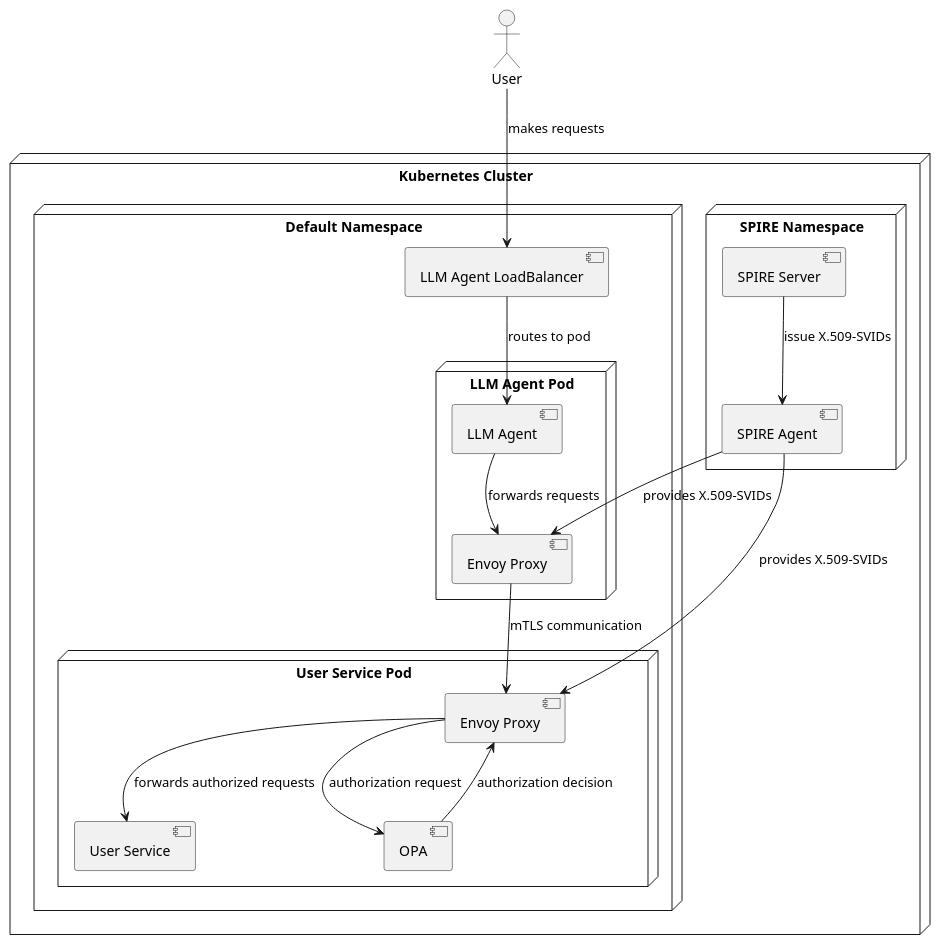
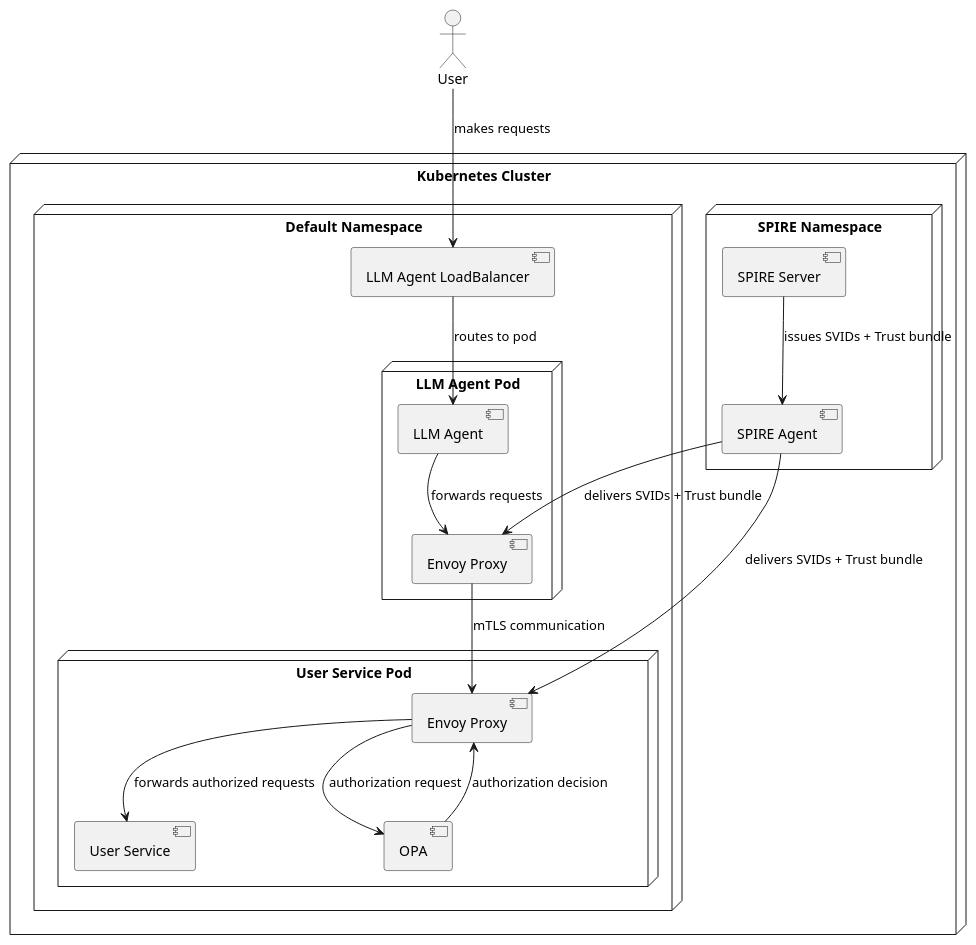
One commit to phuongbv00/workload-iam-poc changed the diagram in docs/deployment.puml. Above: the diagram before and after it, drawn with PlantUML. The commit also changed 2 other files, not shown here.

```diff
--- a/docs/deployment.puml
+++ b/docs/deployment.puml
@@ -1,52 +1,52 @@
 @startuml Deployment Diagram
 
 ' Define Kubernetes cluster
 node "Kubernetes Cluster" {
   ' SPIRE namespace
   node "SPIRE Namespace" {
     component "SPIRE Server" as spire_server
     component "SPIRE Agent" as spire_agent
 
-    spire_server --> spire_agent : issue X.509-SVIDs
+    spire_server --> spire_agent : issues SVIDs + Trust bundle
   }
 
   ' Default namespace
   node "Default Namespace" {
     ' LLM Agent K8s Service
     component "LLM Agent LoadBalancer" as llm_service
 
     ' LLM Agent Pod
     node "LLM Agent Pod" {
       component "LLM Agent" as llm_agent
       component "Envoy Proxy" as llm_envoy
 
       llm_agent --> llm_envoy : forwards requests
     }
 
     llm_service --> llm_agent : routes to pod
 
     ' User Service Pod
     node "User Service Pod" {
       component "User Service" as user_service
       component "Envoy Proxy" as user_envoy
       component "OPA" as opa
 
       user_envoy --> opa : authorization request
       opa --> user_envoy : authorization decision
       user_envoy --> user_service : forwards authorized requests
     }
 
     ' Connections between pods
     llm_envoy --> user_envoy : mTLS communication
   }
 
   ' SPIRE Agent connections
-  spire_agent --> llm_envoy : provides X.509-SVIDs
-  spire_agent --> user_envoy : provides X.509-SVIDs
+  spire_agent --> llm_envoy : delivers SVIDs + Trust bundle
+  spire_agent --> user_envoy : delivers SVIDs + Trust bundle
 }
 
 ' External user
 actor "User" as user
 user --> llm_service : makes requests
 
 @enduml
```
